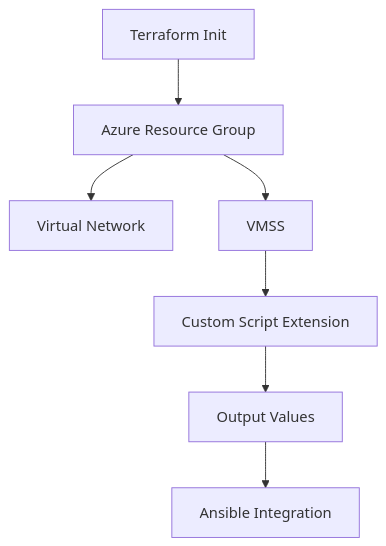
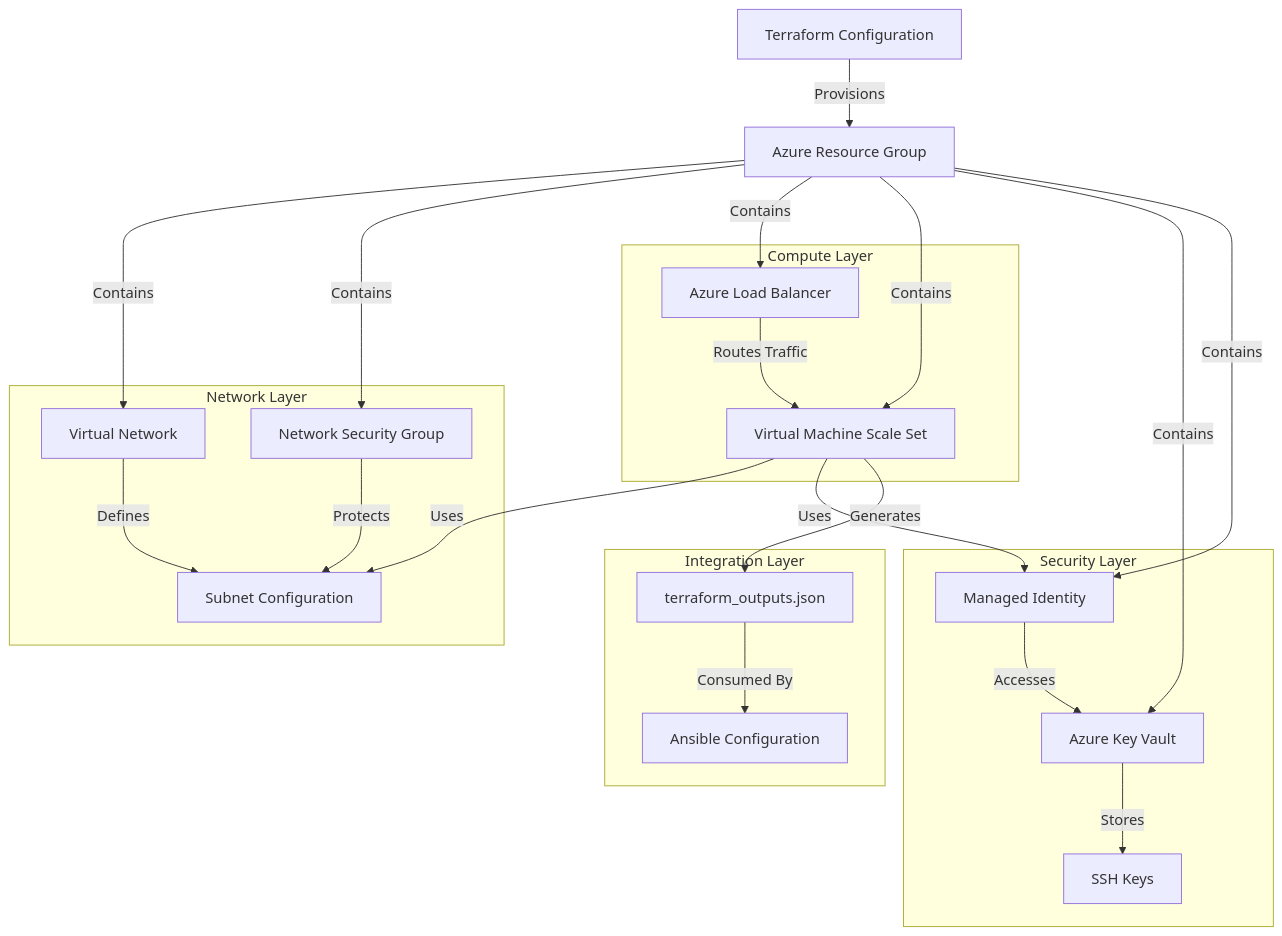
The first of 3 diagrams in terraform/ARCHITECTURE.md (yungryce/azure_vmss_cluster), drawn with Mermaid before and after one commit. The commit also changed other lines of this file and 16 other files, not shown here.

````diff
--- a/terraform/ARCHITECTURE.md
+++ b/terraform/ARCHITECTURE.md
@@ -12,9 +13,43 @@
 ```mermaid
 graph TD
-  A[Terraform Init] --> B[Azure Resource Group]
-  B --> C[Virtual Network]
-  B --> D[VMSS]
-  D --> E[Custom Script Extension]
-  E --> F[Output Values]
-  F --> G[Ansible Integration]
+    A[Terraform Configuration] -->|Provisions| B[Azure Resource Group]
+    B -->|Contains| C[Virtual Network]
+    B -->|Contains| D[Network Security Group]
+    B -->|Contains| E[Azure Load Balancer]
+    B -->|Contains| F[Virtual Machine Scale Set]
+    B -->|Contains| G[Azure Key Vault]
+    B -->|Contains| H[Managed Identity]
+    
+    C -->|Defines| I[Subnet Configuration]
+    D -->|Protects| I
+    E -->|Routes Traffic| F
+    F -->|Uses| I
+    G -->|Stores| J[SSH Keys]
+    H -->|Accesses| G
+    F -->|Uses| H
+    
+    F -->|Generates| K[terraform_outputs.json]
+    K -->|Consumed By| L[Ansible Configuration]
+    
+    subgraph "Network Layer"
+        C
+        I
+        D
+    end
+    
+    subgraph "Compute Layer"
+        F
+        E
+    end
+    
+    subgraph "Security Layer"
+        G
+        H
+        J
+    end
+    
+    subgraph "Integration Layer"
+        K
+        L
+    end
 ```
````
